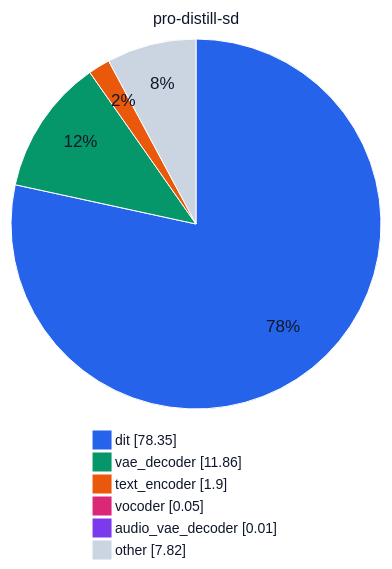
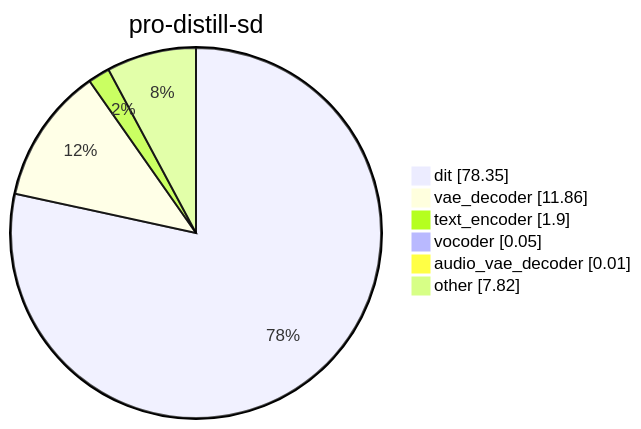
Before and after one commit to VilisovEvgeny/kandinsky-6: the third of 8 diagrams in docs/performance/rtx-4090.md, drawn with Mermaid. The commit also changed other lines of this file and 3 other files, not shown here.

````diff
--- a/docs/performance/rtx-4090.md
+++ b/docs/performance/rtx-4090.md
@@ -87,32 +36,10 @@
 ```mermaid
----
-config:
-  theme: base
-  pie:
-    legendPosition: bottom
-  themeVariables:
-    pieOpacity: 1
-    pieStrokeColor: "#ffffff"
-    pieStrokeWidth: "1px"
-    pieOuterStrokeColor: "#ffffff"
-    pieTitleTextSize: "16px"
-    pieTitleTextColor: "#0f172a"
-    pieLegendTextSize: "14px"
-    pieLegendTextColor: "#0f172a"
-    pieSectionTextColor: "#0f172a"
-    pie1: "#2563EB"
-    pie2: "#059669"
-    pie3: "#EA580C"
-    pie4: "#DB2777"
-    pie5: "#7C3AED"
-    pie6: "#CBD5E1"
----
 pie showData
     title pro-distill-sd
     "dit" : 78.35
     "vae_decoder" : 11.86
     "text_encoder" : 1.90
     "vocoder" : 0.05
     "audio_vae_decoder" : 0.01
     "other" : 7.82
 ```
````
